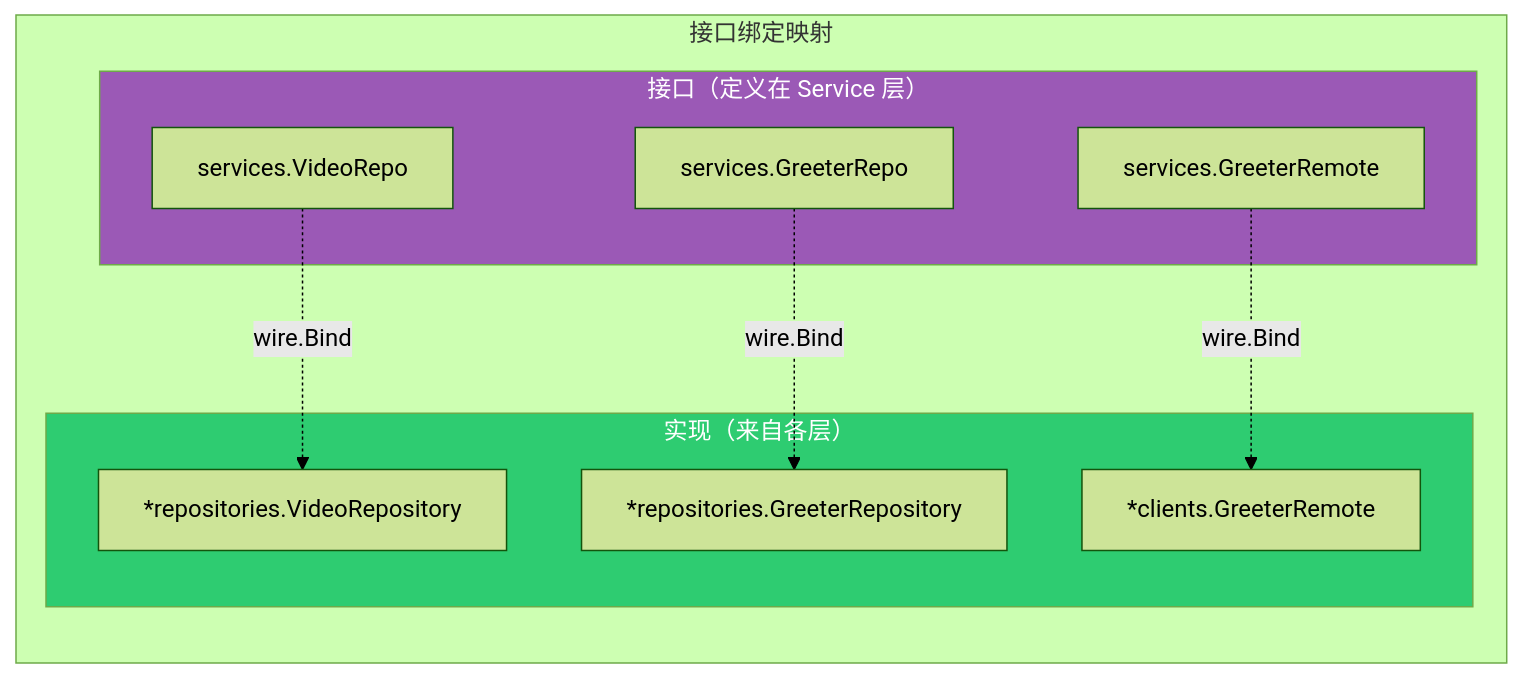
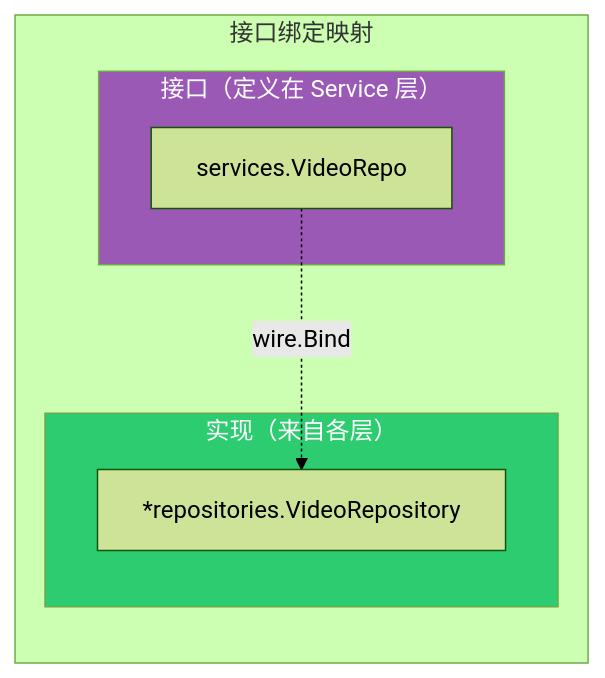
Before and after one commit to bionicotaku/lingo-services-catalog: the tenth of 24 diagrams in docs/WIRE_DEPENDENCY_INJECTION.md, drawn with Mermaid (forest theme). The commit also changed other lines of this file and 6 other files, not shown here.

````diff
--- a/docs/WIRE_DEPENDENCY_INJECTION.md
+++ b/docs/WIRE_DEPENDENCY_INJECTION.md
@@ -612,23 +603,17 @@
 ```mermaid
 graph LR
     subgraph Bindings["接口绑定映射"]
         subgraph Interfaces["接口（定义在 Service 层）"]
             I1["services.VideoRepo"]
-            I2["services.GreeterRepo"]
-            I3["services.GreeterRemote"]
         end
 
         subgraph Implementations["实现（来自各层）"]
             C1["*repositories.VideoRepository"]
-            C2["*repositories.GreeterRepository"]
-            C3["*clients.GreeterRemote"]
         end
 
         I1 -.->|wire.Bind| C1
-        I2 -.->|wire.Bind| C2
-        I3 -.->|wire.Bind| C3
     end
 
     style Interfaces fill:#9b59b6,color:#fff
     style Implementations fill:#2ecc71,color:#fff
 ```
````
